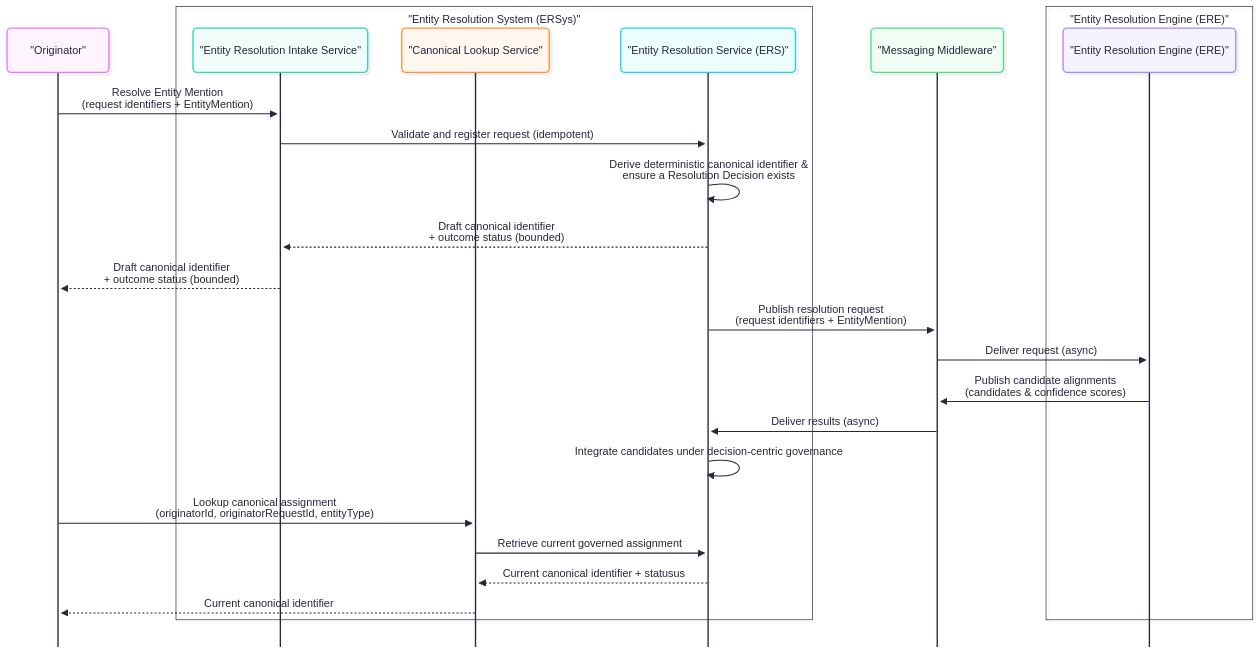
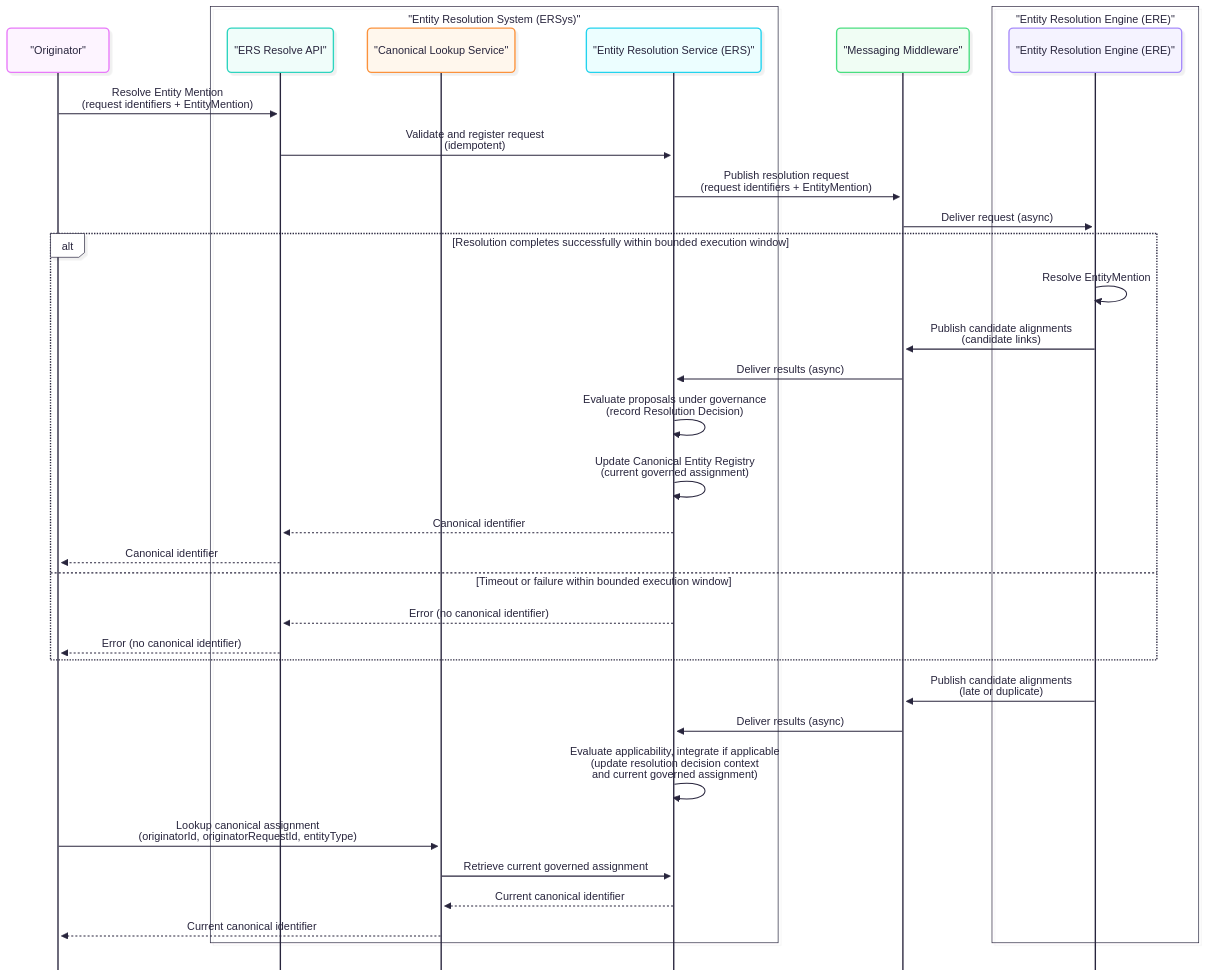
The diagram in docs/architecture/sequence_diagrams/E2E-resolution-cycle.mmd (OP-TED/entity-resolution-spec), drawn with Mermaid before and after one commit. The commit also changed other lines of this file and 8 other files, not shown here.

First line of the commit message:
update the diagrams

```diff
--- a/docs/architecture/sequence_diagrams/E2E-resolution-cycle.mmd
+++ b/docs/architecture/sequence_diagrams/E2E-resolution-cycle.mmd
@@ -1,50 +1,58 @@
 ---
 config:
   look: neo
   theme: redux-color
   mirrorActors: false
   sequence:
     bottomMarginAdj: 0.1
 ---
 sequenceDiagram
 %% Maps to EA diagram: UML Sequence (high-level overview)
-%% Purpose: show end-to-end resolution cycle with bounded response,
-%% asynchronous engine processing, and convergence via lookup.
+%% Purpose: bounded synchronous client resolve, async ERS–ERE messaging,
+%% and convergence via lookup; late/duplicate results are absorbed without client push.
 
-%% External client
 participant Originator as "Originator"
 
 box "Entity Resolution System (ERSys)"
-    participant ERIntake as "Entity Resolution Intake Service"
+    participant ERSAPI as "ERS Resolve API"
     participant CanonicalLookup as "Canonical Lookup Service"
     participant ERS as "Entity Resolution Service (ERS)"
 end
 
 participant MessagingMiddleware as "Messaging Middleware"
 
 box "Entity Resolution Engine (ERE)"
     participant ERE as "Entity Resolution Engine (ERE)"
 end
 
-%% --- Client-facing bounded resolve ---
-Originator ->> ERIntake: Resolve Entity Mention <br> (request identifiers + EntityMention)
-ERIntake ->> ERS: Validate and register request (idempotent)
-ERS ->> ERS: Derive deterministic canonical identifier &<br> ensure a Resolution Decision exists
-ERS -->> ERIntake: Draft canonical identifier <br> + outcome status (bounded)
-ERIntake -->> Originator: Draft canonical identifier <br>+ outcome status (bounded)
+%% --- Client-facing bounded resolve (waits for completion) ---
+Originator ->> ERSAPI: Resolve Entity Mention<br>(request identifiers + EntityMention)
+ERSAPI ->> ERS: Validate and register request<br>(idempotent)
 
-%% --- Asynchronous resolution ---
-ERS ->> MessagingMiddleware: Publish resolution request <br> (request identifiers + EntityMention)
+ERS ->> MessagingMiddleware: Publish resolution request<br>(request identifiers + EntityMention)
 MessagingMiddleware ->> ERE: Deliver request (async)
 
-ERE ->> MessagingMiddleware: Publish candidate alignments <br> (candidates & confidence scores)
+alt Resolution completes successfully within bounded execution window
+    ERE ->> ERE: Resolve EntityMention
+    ERE ->> MessagingMiddleware: Publish candidate alignments<br>(candidate links)
+    MessagingMiddleware ->> ERS: Deliver results (async)
+    ERS ->> ERS: Evaluate proposals under governance<br>(record Resolution Decision)
+    ERS ->> ERS: Update Canonical Entity Registry<br>(current governed assignment)
+    ERS -->> ERSAPI: Canonical identifier
+    ERSAPI -->> Originator: Canonical identifier
+else Timeout or failure within bounded execution window
+    ERS -->> ERSAPI: Error (no canonical identifier)
+    ERSAPI -->> Originator: Error (no canonical identifier)
+end
+
+%% --- Late / duplicate responses (after client request completed) ---
+ERE ->> MessagingMiddleware: Publish candidate alignments<br>(late or duplicate)
 MessagingMiddleware ->> ERS: Deliver results (async)
-
-ERS ->> ERS: Integrate candidates under decision-centric governance
-%%note right of ERS: ERS remains sole authority for canonical identity and decisions.
+ERS ->> ERS: Evaluate applicability, integrate if applicable<br>(update resolution decision context <br> and current governed assignment)
+%% note right of ERS: Integration of late/duplicate results does not retroactively<br>affect the completed client request; no callback or push to Originator.
 
 %% --- Convergence via lookup ---
-Originator ->> CanonicalLookup: Lookup canonical assignment <br> (originatorId, originatorRequestId, entityType)
+Originator ->> CanonicalLookup: Lookup canonical assignment<br>(originatorId, originatorRequestId, entityType)
 CanonicalLookup ->> ERS: Retrieve current governed assignment
-ERS -->> CanonicalLookup: Current canonical identifier + statusus
+ERS -->> CanonicalLookup: Current canonical identifier
 CanonicalLookup -->> Originator: Current canonical identifier
```
